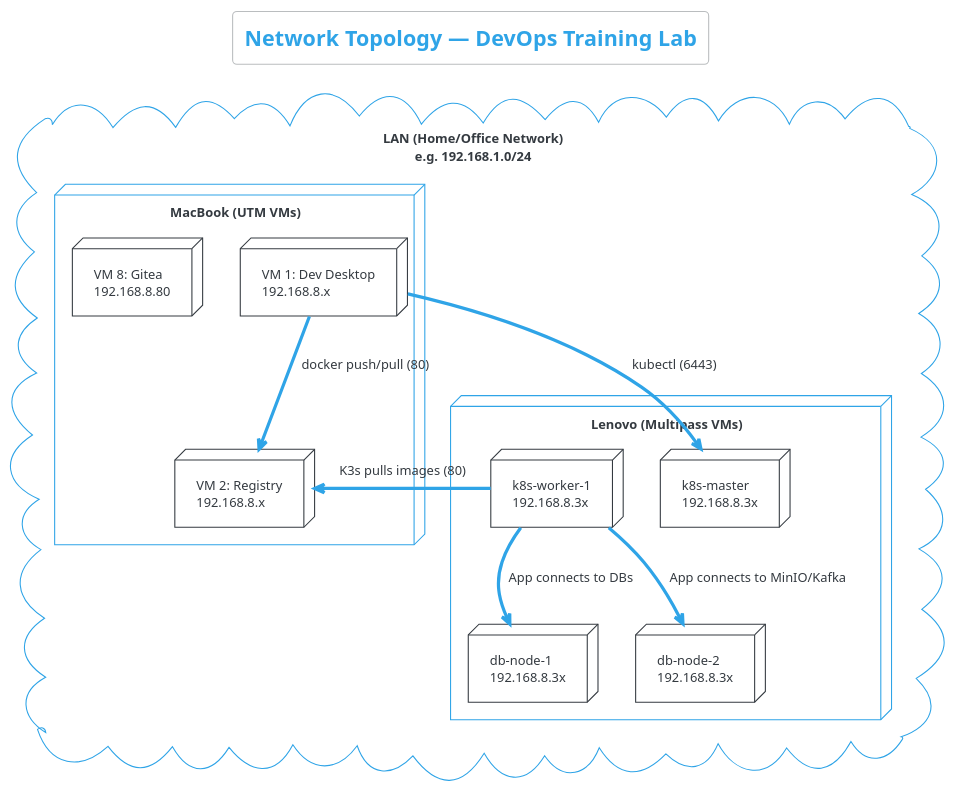
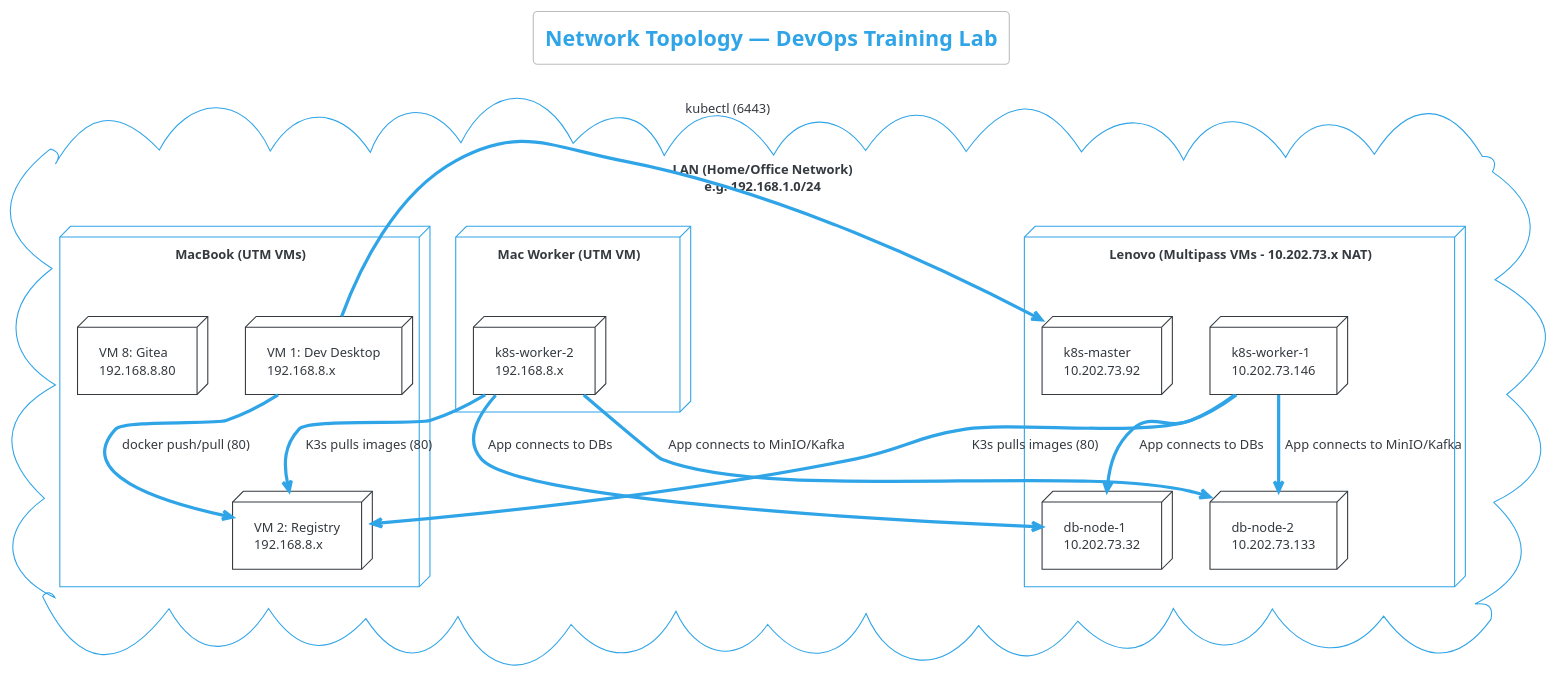
Before and after one commit to OnesDevOps/devops-training-lab: the diagram in docs/network-and-communication.md, drawn with PlantUML. The commit also changed other lines of this file and 8 other files, not shown here.

````diff
--- a/docs/network-and-communication.md
+++ b/docs/network-and-communication.md
@@ -9,29 +9,36 @@
 ```plantuml
 @startuml network_topology
 !theme cerulean-outline
 
 title Network Topology — DevOps Training Lab
 
 cloud "LAN (Home/Office Network)\ne.g. 192.168.1.0/24" as lan {
     node "MacBook (UTM VMs)" {
         node "VM 1: Dev Desktop\n192.168.8.x" as vm1
         node "VM 2: Registry\n192.168.8.x" as vm2
         node "VM 8: Gitea\n192.168.8.80" as vm8
     }
     
-    node "Lenovo (Multipass VMs)" {
-        node "k8s-master\n192.168.8.3x" as k8sm
-        node "k8s-worker-1\n192.168.8.3x" as k8sw
-        node "db-node-1\n192.168.8.3x" as db1
-        node "db-node-2\n192.168.8.3x" as db2
+    node "Lenovo (Multipass VMs - 10.202.73.x NAT)" {
+        node "k8s-master\n10.202.73.92" as k8sm
+        node "k8s-worker-1\n10.202.73.146" as k8sw
+        node "db-node-1\n10.202.73.32" as db1
+        node "db-node-2\n10.202.73.133" as db2
+    }
+    
+    node "Mac Worker (UTM VM)" {
+        node "k8s-worker-2\n192.168.8.x" as k8sw2
     }
 }
 
 vm1 --> k8sm : kubectl (6443)
 vm1 --> vm2 : docker push/pull (80)
 k8sw --> vm2 : K3s pulls images (80)
+k8sw2 --> vm2 : K3s pulls images (80)
 k8sw --> db1 : App connects to DBs
+k8sw2 --> db1 : App connects to DBs
 k8sw --> db2 : App connects to MinIO/Kafka
+k8sw2 --> db2 : App connects to MinIO/Kafka
 
 @enduml
 ```
````
